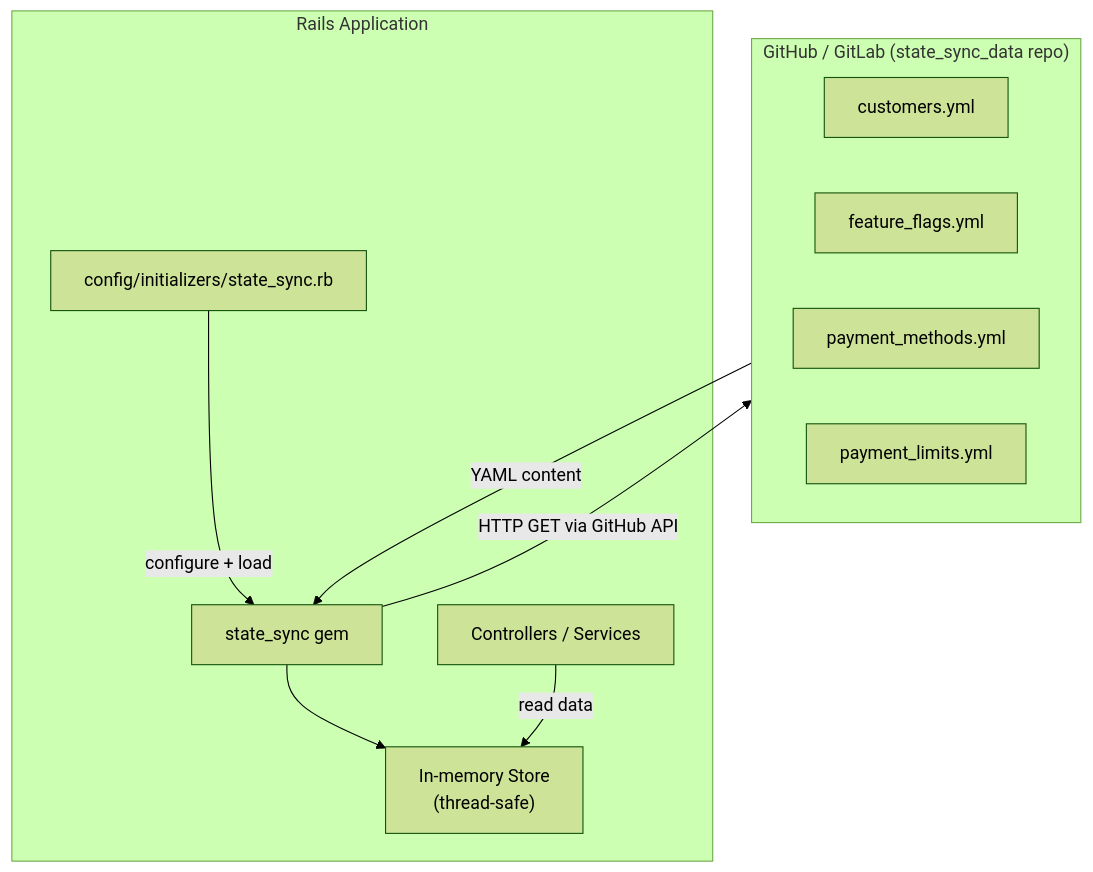
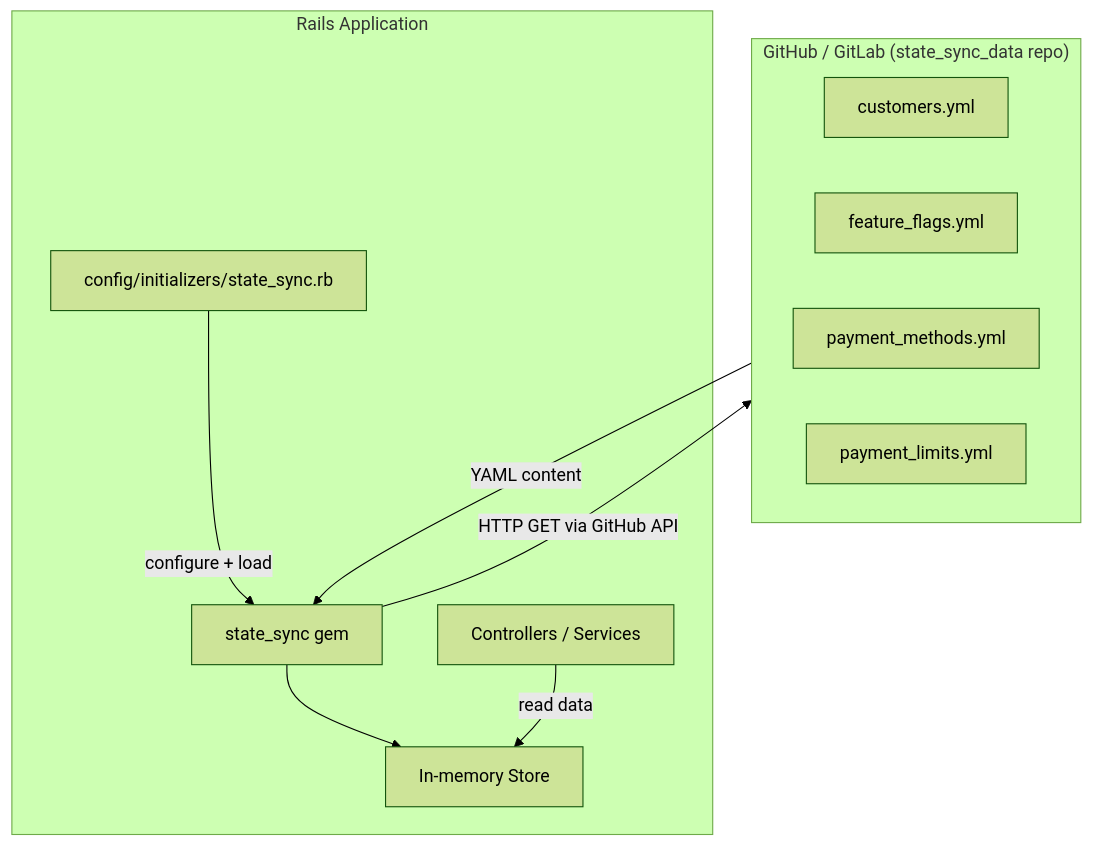
The first of 2 diagrams in ARCHITECTURE.md (spmarisa/state_sync), drawn with Mermaid (forest theme) before and after one commit. The commit also changed other lines of this file and 10 other files, not shown here.

````diff
--- a/ARCHITECTURE.md
+++ b/ARCHITECTURE.md
@@ -11,22 +11,22 @@
 ```mermaid
 graph TD
     subgraph GitHub["GitHub / GitLab (state_sync_data repo)"]
         F1[customers.yml]
         F2[feature_flags.yml]
         F3[payment_methods.yml]
         F4[payment_limits.yml]
     end
 
     subgraph RailsApp["Rails Application"]
         I[config/initializers/state_sync.rb]
         GEM[state_sync gem]
-        STORE["In-memory Store\n(thread-safe)"]
+        STORE["In-memory Store"]
         APP[Controllers / Services]
     end
 
     I -->|configure + load| GEM
     GEM -->|HTTP GET via GitHub API| GitHub
     GitHub -->|YAML content| GEM
     GEM --> STORE
     APP -->|read data| STORE
 ```
````
